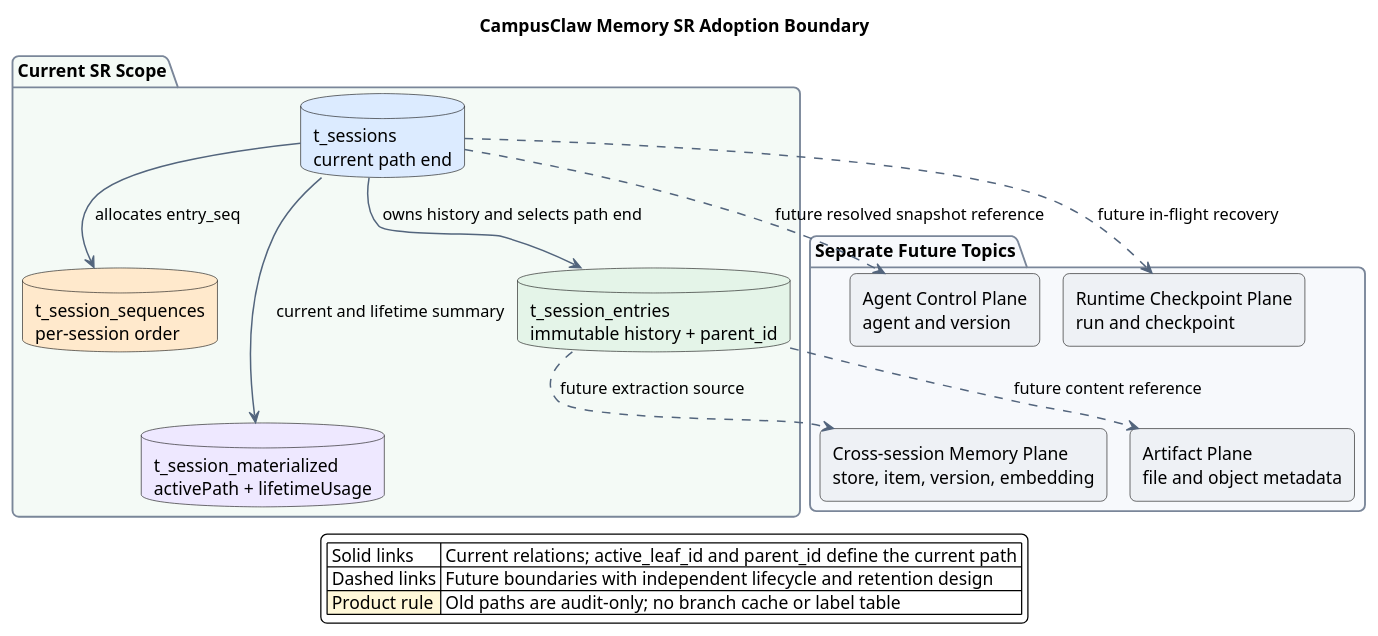
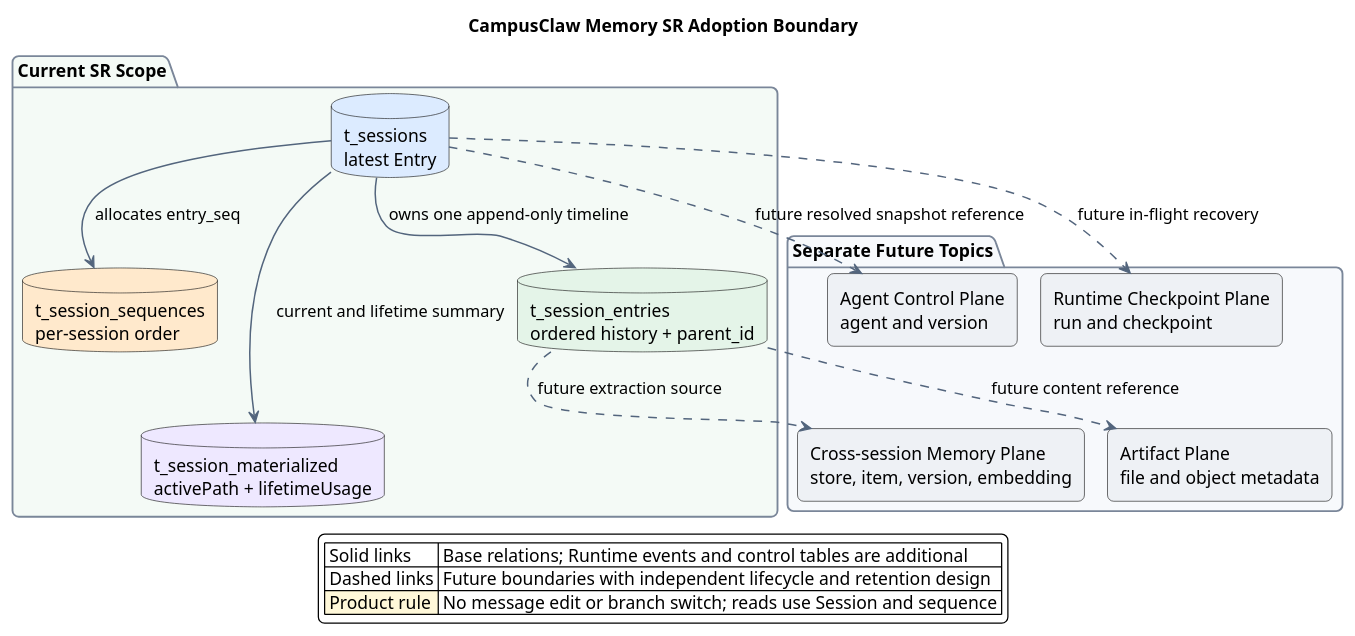
The second of 2 diagrams in 03-数据与存储/03-Agent数据库模式/diagram.puml (ssm0808/pi-mono-java-design), drawn with PlantUML before and after one commit. The commit also changed 26 other files, not shown here.

Commit message:
docs(session): adopt append-only history without recursive queries

```diff
--- a/03-数据与存储/03-Agent数据库模式/diagram.puml
+++ b/03-数据与存储/03-Agent数据库模式/diagram.puml
@@ -75,68 +75,68 @@
 @startuml pi-memory-adoption-boundary
-' Current SR adoption boundary updated for SR-MEM-001 v0.14.2 on 2026-08-11.
+' Current SR adoption boundary updated for SR-MEM-001 v0.18.0 on 2026-09-22.
 !pragma layout smetana
 title CampusClaw Memory SR Adoption Boundary
 top to bottom direction
 
 skinparam backgroundColor #FFFFFF
 skinparam shadowing false
 skinparam roundcorner 10
 skinparam componentStyle rectangle
 skinparam ArrowColor #53657D
 skinparam ArrowThickness 1.2
 skinparam PackageBorderColor #7A8699
 skinparam NoteBorderColor #B58B00
 skinparam NoteBackgroundColor #FFF8D9
 
-' Source evidence: badlogic/pi-mono@f0deb8dd8e9611e89b5bc4145ca92c03ae6ed4ee,
-' packages/agent/src/harness/types.ts: SessionTreeEntry and SessionStorage;
-' packages/agent/src/harness/session/session.ts: defaultContextEntryTransform and moveTo;
-' packages/storage/sqlite-node/src/sqlite/storage/index.ts: readHead and appendEntry.
-' Observed behavior: pi persists seven Session tables, including parent links,
-' an active leaf, branch caches, and entry materialized labels.
-' Pending implementation product constraint: SR-MEM-001 v0.14.2 keeps four tables, exposes one
-' active path, and only allows editing the latest user message on that path.
-' Architecture change: parent links are read directly without branch cache tables.
-' Concurrency hardening: expected path-end and parent checks protect centralized writes.
-' Design reason: align table colors with SR-MEM-001 and route future links one way.
+
+' Source evidence: badlogic/pi-mono@1a584a7a56eb5e7b4ff8ccbd46430f1533282eed,
+' packages/session-backends/sqlite-node/src/sqlite/session/branch-entries.ts:
+' appendEntryToBranchIndex, createDivergentBranchForEntry, scanBranchSegments.
+' Observed behavior: pi maintains branch membership and shared prefix segments.
+' Java source: fb842b1ac6cb4818f6b146f79dd184a5cd88bf12,
+' modules/coding-agent-cli/src/main/resources/mapper/session/RuntimeSessionMapper.xml:
+' listCurrentBranchEntries, listCommittedEvents, countUnmappedCurrentBranchEntries.
+' Pending implementation: replace recursive queries with Session/sequence reads.
+' Product constraint: one append-only timeline; no message edit or branch switch.
+' Design reason: preserve write serialization without maintaining branch indices.
 
 package "Current SR Scope" as CurrentScope #F4FAF6 {
-  database "t_sessions\ncurrent path end" as Session #DCEBFF
+  database "t_sessions\nlatest Entry" as Session #DCEBFF
   database "t_session_sequences\nper-session order" as Sequence #FFE9CC
-  database "t_session_entries\nimmutable history + parent_id" as Entry #E4F4E8
+  database "t_session_entries\nordered history + parent_id" as Entry #E4F4E8
   database "t_session_materialized\nactivePath + lifetimeUsage" as Summary #EEE8FF
 
   Session -[hidden]right- Sequence
   Entry -[hidden]right- Summary
   Session -[hidden]down- Entry
   Sequence -[hidden]down- Summary
 }
 
 package "Separate Future Topics" as FutureScope #F7F9FC {
   rectangle "Agent Control Plane\nagent and version" as AgentControl #EEF1F5
   rectangle "Runtime Checkpoint Plane\nrun and checkpoint" as RuntimeCheckpoint #EEF1F5
   rectangle "Cross-session Memory Plane\nstore, item, version, embedding" as LongMemory #EEF1F5
   rectangle "Artifact Plane\nfile and object metadata" as Artifact #EEF1F5
 
   AgentControl -[hidden]right- RuntimeCheckpoint
   LongMemory -[hidden]right- Artifact
   AgentControl -[hidden]down- LongMemory
   RuntimeCheckpoint -[hidden]down- Artifact
 }
 
-Session --> Entry : owns history and selects path end
+Session --> Entry : owns one append-only timeline
 Session --> Sequence : allocates entry_seq
 Session --> Summary : current and lifetime summary
 
 Session ..> AgentControl : future resolved snapshot reference
 Session ..> RuntimeCheckpoint : future in-flight recovery
 Entry ..> LongMemory : future extraction source
 Entry ..> Artifact : future content reference
 
 legend bottom
-|<#FFFFFF> Solid links | Current relations; active_leaf_id and parent_id define the current path |
+|<#FFFFFF> Solid links | Base relations; Runtime events and control tables are additional |
 |<#FFFFFF> Dashed links | Future boundaries with independent lifecycle and retention design |
-|<#FFF8D9> Product rule | Old paths are audit-only; no branch cache or label table |
+|<#FFF8D9> Product rule | No message edit or branch switch; reads use Session and sequence |
 endlegend
 
 @enduml
```
